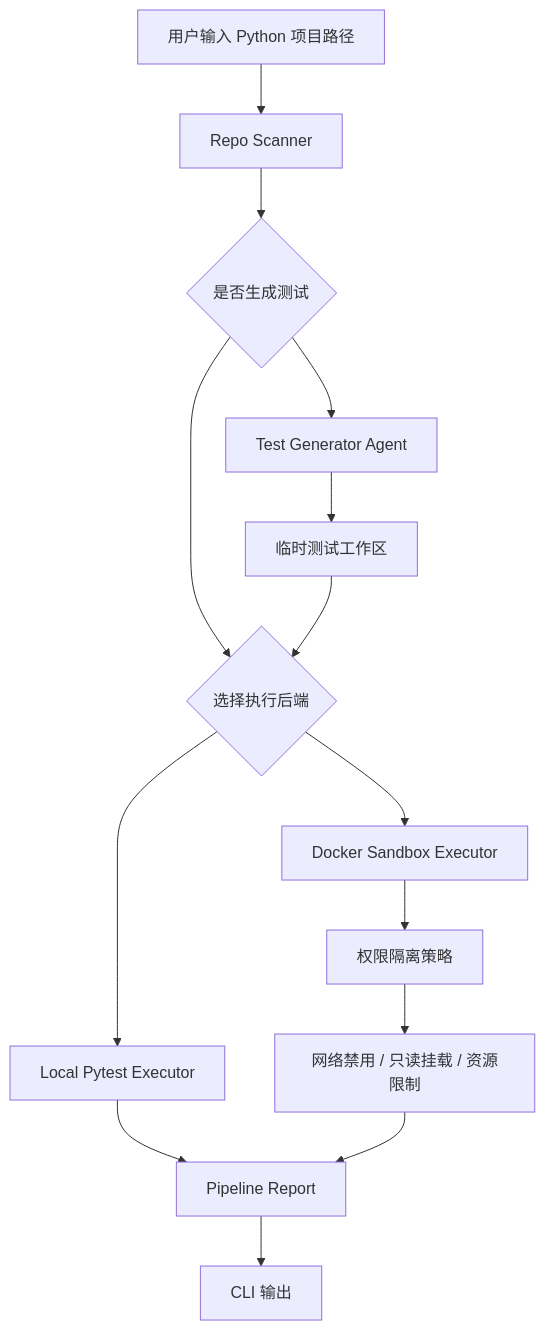
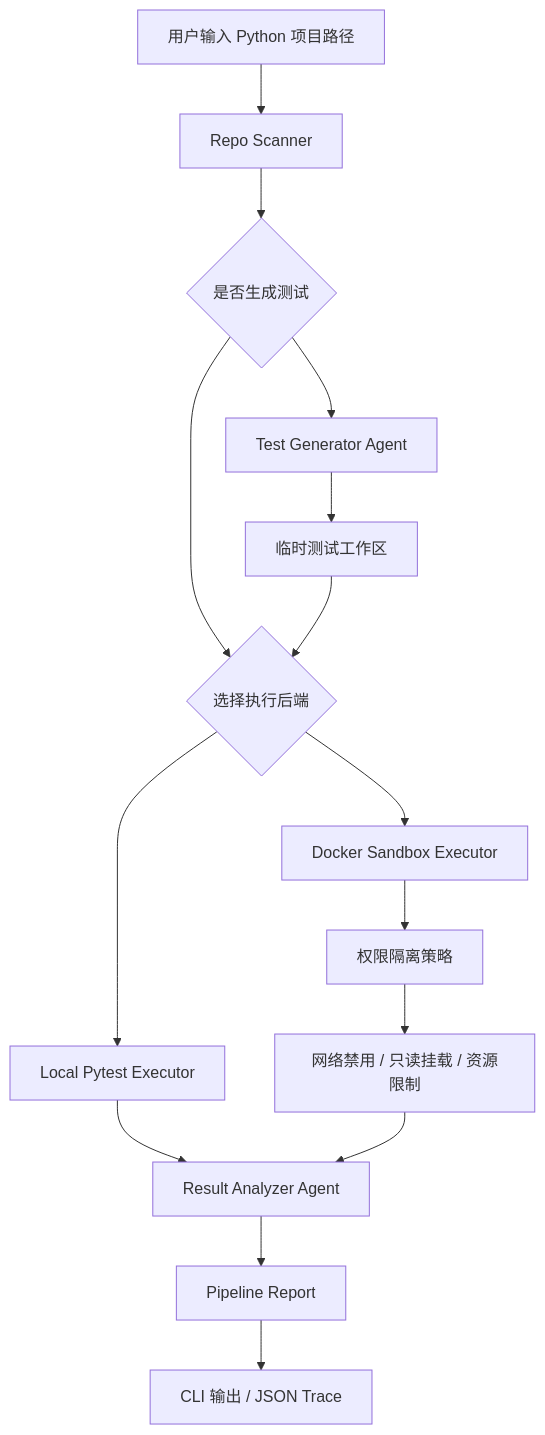
One commit to Isaacsen/cs599-project changed the first of 2 diagrams in docs/architecture.md. Above: the diagram before and after it, drawn with Mermaid. The commit also changed other lines of this file and 10 other files, not shown here.

Commit message:
Add result analysis and JSON reports

````diff
--- a/docs/architecture.md
+++ b/docs/architecture.md
@@ -5,16 +5,17 @@
 ```mermaid
 flowchart TD
     A["用户输入 Python 项目路径"] --> B["Repo Scanner"]
     B --> C{"是否生成测试"}
     C --> D["Test Generator Agent"]
     D --> E["临时测试工作区"]
     C --> F{"选择执行后端"}
     E --> F
     F --> G["Local Pytest Executor"]
     F --> H["Docker Sandbox Executor"]
     H --> I["权限隔离策略"]
     I --> J["网络禁用 / 只读挂载 / 资源限制"]
-    G --> K["Pipeline Report"]
+    G --> K["Result Analyzer Agent"]
     J --> K
-    K --> L["CLI 输出"]
+    K --> L["Pipeline Report"]
+    L --> M["CLI 输出 / JSON Trace"]
 ```
````
